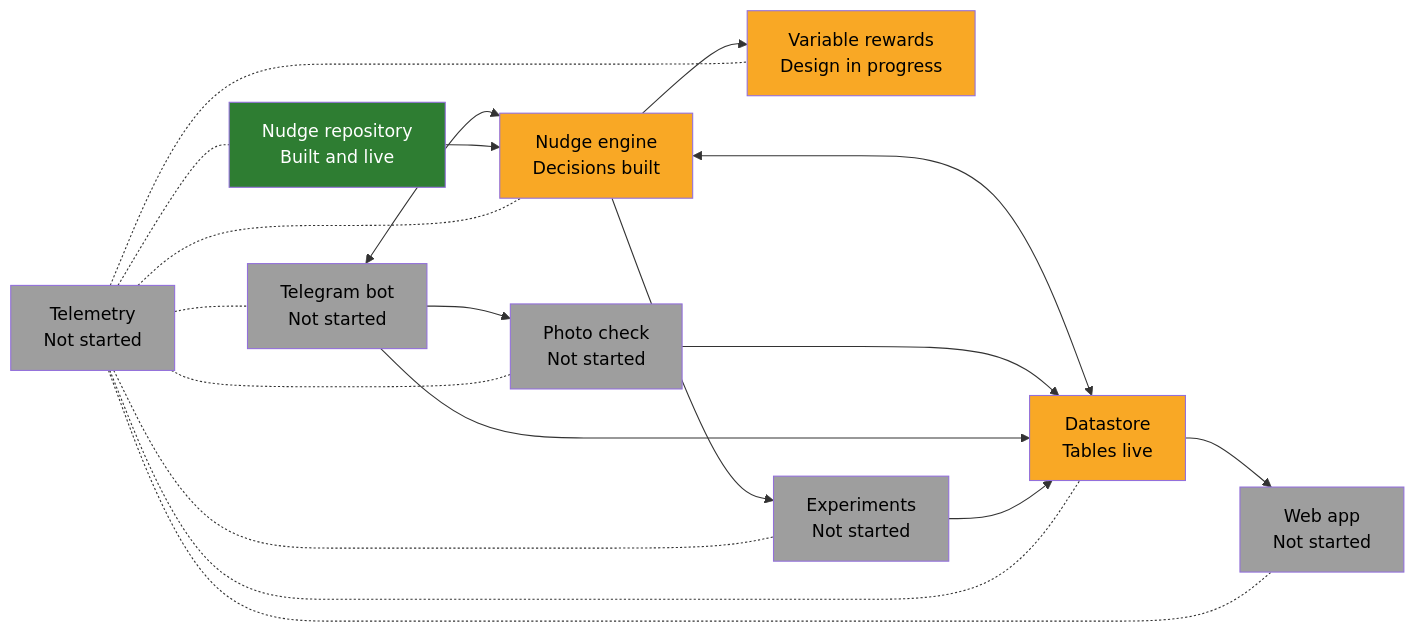
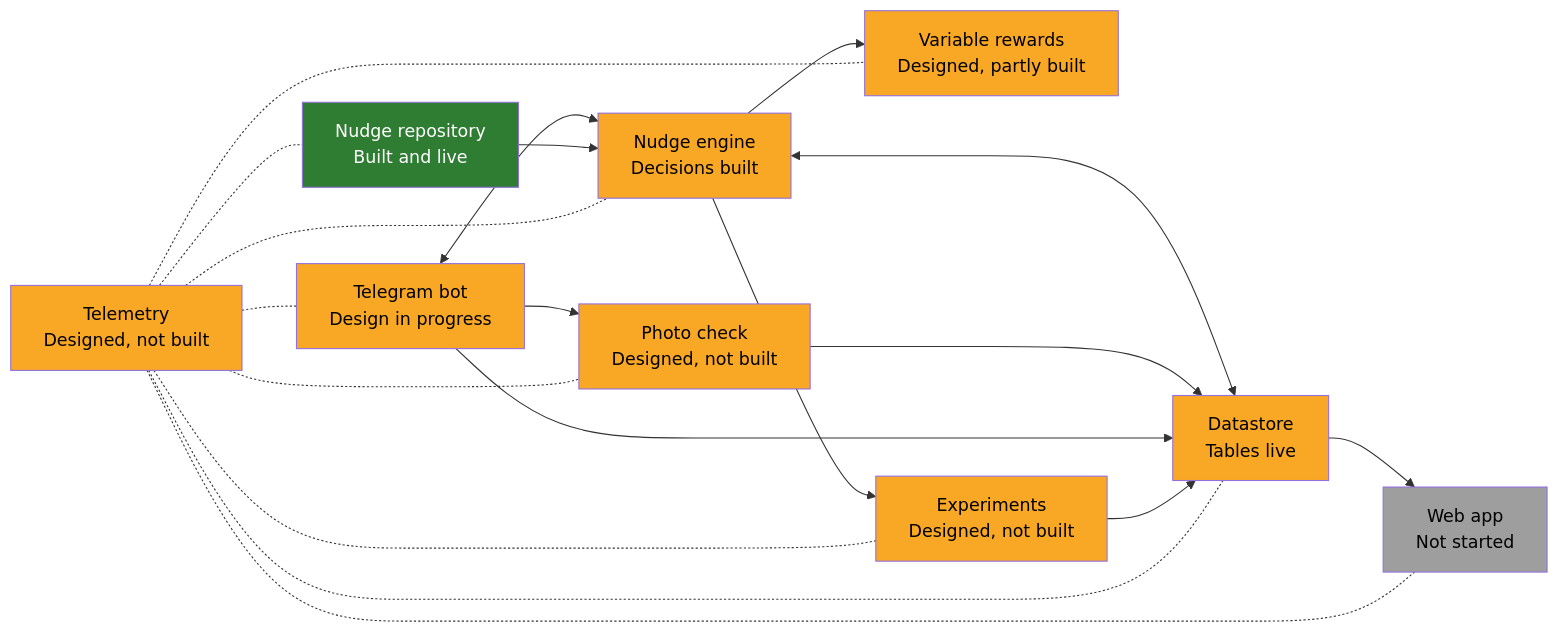
Before and after one commit to WeiLieh/FamilyHabitBuilder: the diagram in docs/ARCHITECTURE.md, drawn with Mermaid. The commit also changed other lines of this file and 5 other files, not shown here.

````diff
--- a/docs/ARCHITECTURE.md
+++ b/docs/ARCHITECTURE.md
@@ -5,35 +5,35 @@
 ```mermaid
 flowchart LR
-    telegram["Telegram bot<br/>Not started"]:::todo
+    telegram["Telegram bot<br/>Design in progress"]:::part
     engine["Nudge engine<br/>Decisions built"]:::part
     repository["Nudge repository<br/>Built and live"]:::done
-    photo["Photo check<br/>Not started"]:::todo
-    rewards["Variable rewards<br/>Design in progress"]:::part
+    photo["Photo check<br/>Designed, not built"]:::part
+    rewards["Variable rewards<br/>Designed, partly built"]:::part
     datastore["Datastore<br/>Tables live"]:::part
     webapp["Web app<br/>Not started"]:::todo
-    telemetry["Telemetry<br/>Not started"]:::todo
-    experiments["Experiments<br/>Not started"]:::todo
+    telemetry["Telemetry<br/>Designed, not built"]:::part
+    experiments["Experiments<br/>Designed, not built"]:::part
 
     telegram <--> engine
     repository --> engine
     engine --> rewards
     engine <--> datastore
     telegram --> photo
     photo --> datastore
     telegram --> datastore
     datastore --> webapp
     engine --> experiments
     experiments --> datastore
     telemetry -.- telegram
     telemetry -.- engine
     telemetry -.- repository
     telemetry -.- photo
     telemetry -.- rewards
     telemetry -.- datastore
     telemetry -.- webapp
     telemetry -.- experiments
 
     classDef done fill:#2e7d32,color:#ffffff
     classDef part fill:#f9a825,color:#000000
     classDef todo fill:#9e9e9e,color:#000000
 ```
````
